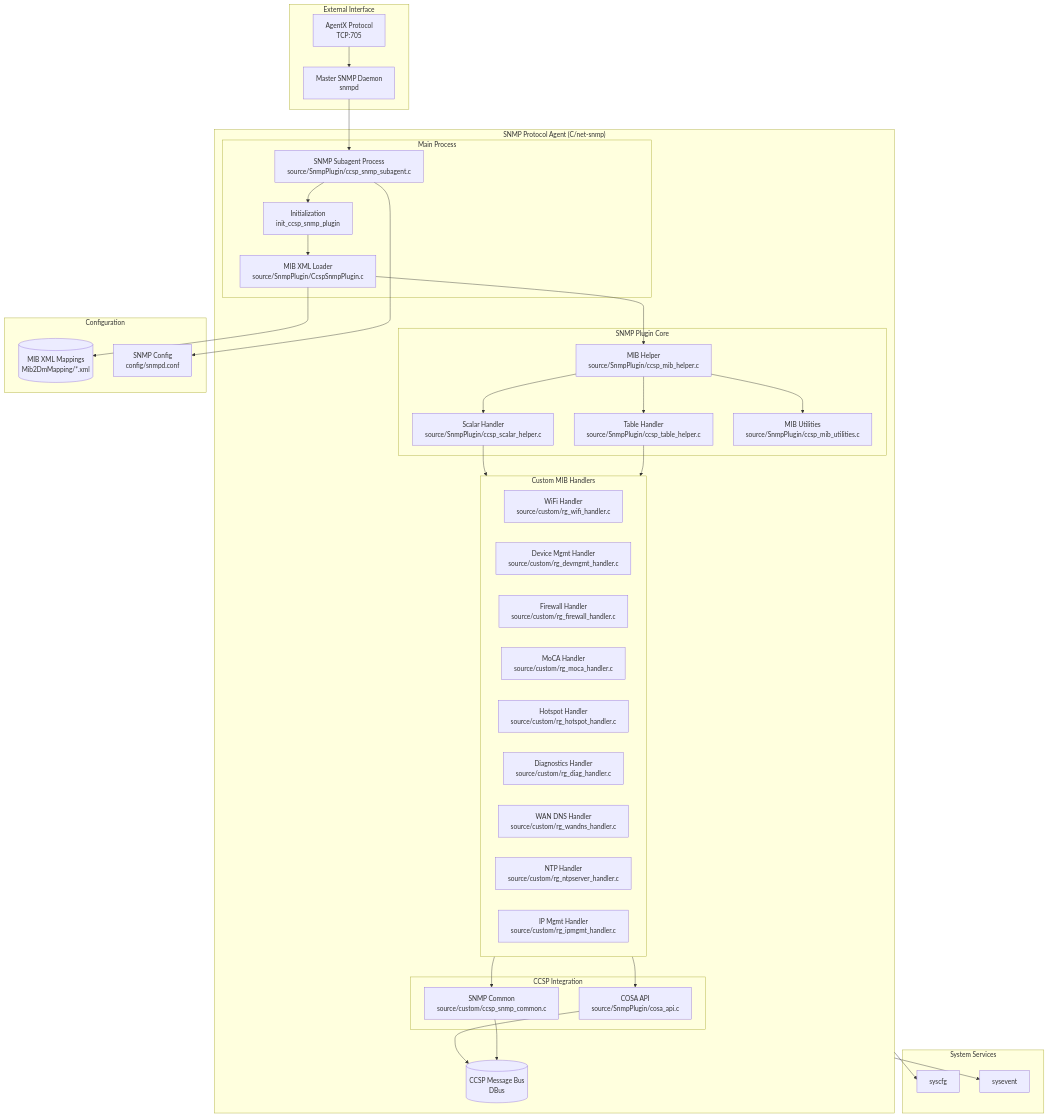
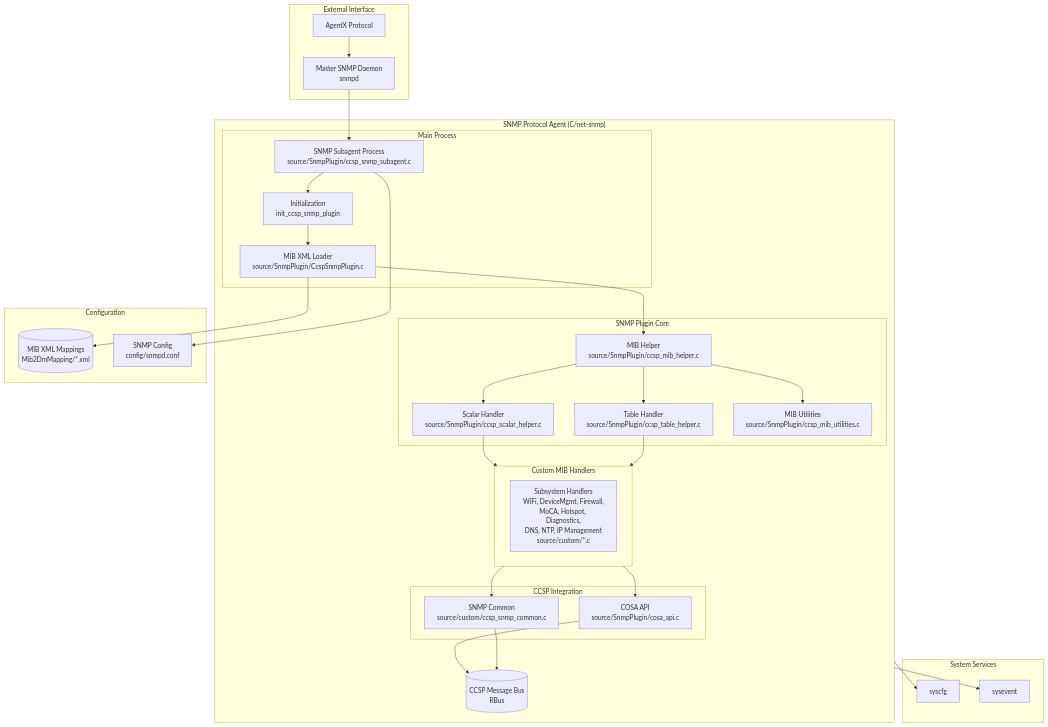
One commit to rns21/RDK_Documentation changed the second of 9 diagrams in docs/docu/dec17/snmp-protocol-agent-feb27.md. Above: the diagram before and after it, drawn with Mermaid. The commit also changed other lines of this file, not shown here.

````diff
--- a/docs/docu/dec17/snmp-protocol-agent-feb27.md
+++ b/docs/docu/dec17/snmp-protocol-agent-feb27.md
@@ -86,73 +86,65 @@
 ```mermaid
 graph TD
     subgraph ExternalInterface ["External Interface"]
-        AgentXProtocol[AgentX Protocol<br/>TCP:705]
+        AgentXProtocol[AgentX Protocol]
         MasterSNMPD[Master SNMP Daemon<br/>snmpd]
     end
     
     subgraph SNMPAgent ["SNMP Protocol Agent (C/net-snmp)"]
         subgraph MainProcess ["Main Process"]
             SubAgent[SNMP Subagent Process<br/>source/SnmpPlugin/ccsp_snmp_subagent.c]
             Init[Initialization<br/>init_ccsp_snmp_plugin]
             MIBLoader[MIB XML Loader<br/>source/SnmpPlugin/CcspSnmpPlugin.c]
         end
         
         subgraph PluginCore ["SNMP Plugin Core"]
             MIBHelper[MIB Helper<br/>source/SnmpPlugin/ccsp_mib_helper.c]
             ScalarHelper[Scalar Handler<br/>source/SnmpPlugin/ccsp_scalar_helper.c]
             TableHelper[Table Handler<br/>source/SnmpPlugin/ccsp_table_helper.c]
             MIBUtil[MIB Utilities<br/>source/SnmpPlugin/ccsp_mib_utilities.c]
         end
         
         subgraph CustomHandlers ["Custom MIB Handlers"]
-            WiFiHandler[WiFi Handler<br/>source/custom/rg_wifi_handler.c]
-            DevMgmtHandler[Device Mgmt Handler<br/>source/custom/rg_devmgmt_handler.c]
-            FirewallHandler[Firewall Handler<br/>source/custom/rg_firewall_handler.c]
-            MoCAHandler[MoCA Handler<br/>source/custom/rg_moca_handler.c]
-            HotspotHandler[Hotspot Handler<br/>source/custom/rg_hotspot_handler.c]
-            DiagHandler[Diagnostics Handler<br/>source/custom/rg_diag_handler.c]
-            WANDNSHandler[WAN DNS Handler<br/>source/custom/rg_wandns_handler.c]
-            NTPHandler[NTP Handler<br/>source/custom/rg_ntpserver_handler.c]
-            IPMgmtHandler[IP Mgmt Handler<br/>source/custom/rg_ipmgmt_handler.c]
+            Handlers[Subsystem Handlers<br/>WiFi, DeviceMgmt, Firewall,<br/>MoCA, Hotspot, Diagnostics,<br/>DNS, NTP, IP Management<br/>source/custom/*.c]
         end
         
         subgraph Integration ["CCSP Integration"]
             CosaAPI[COSA API<br/>source/SnmpPlugin/cosa_api.c]
             SNMPCommon[SNMP Common<br/>source/custom/ccsp_snmp_common.c]
         end
         
         SubAgent --> Init
         Init --> MIBLoader
         MIBLoader --> MIBHelper
         MIBHelper --> ScalarHelper
         MIBHelper --> TableHelper
         MIBHelper --> MIBUtil
         
         ScalarHelper --> CustomHandlers
         TableHelper --> CustomHandlers
         
         CustomHandlers --> CosaAPI
         CustomHandlers --> SNMPCommon
         
         CosaAPI --> MessageBus
         SNMPCommon --> MessageBus
     end
     
     subgraph SystemServices ["System Services"]
-        MessageBus[(CCSP Message Bus<br/>DBus)]
+        MessageBus[(CCSP Message Bus<br/>RBus)]
         SysCfg[syscfg]
         SysEvent[sysevent]
     end
     
     subgraph Configuration ["Configuration"]
         MIBMappings[(MIB XML Mappings<br/>Mib2DmMapping/*.xml)]
         SNMPConf[SNMP Config<br/>config/snmpd.conf]
     end
     
     AgentXProtocol --> MasterSNMPD
     MasterSNMPD --> SubAgent
     MIBLoader --> MIBMappings
     SubAgent --> SNMPConf
     SNMPAgent --> SysCfg
     SNMPAgent --> SysEvent
 ```
````
